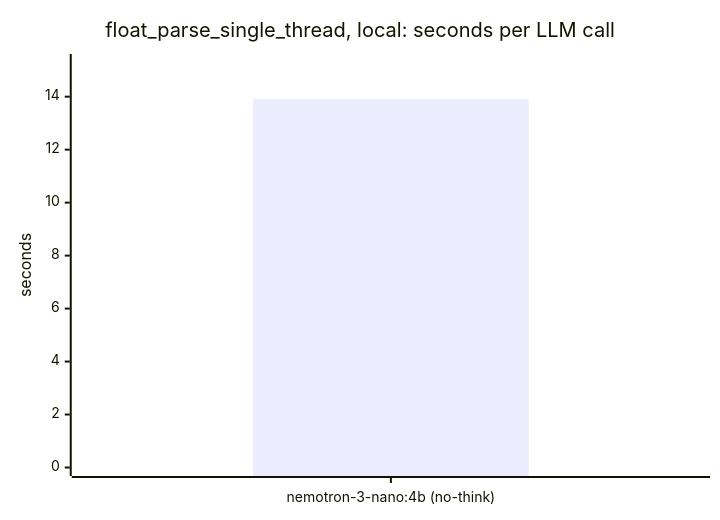
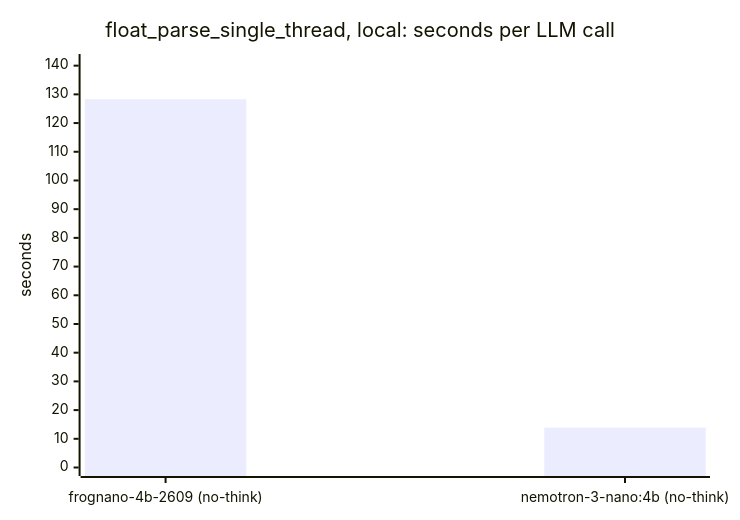
The third of 5 diagrams in docs/benchmarks/float_parse_single_thread.md (cklukas/OMEGA_TRANSFORM), drawn with Mermaid before and after one commit. The commit also changed other lines of this file and 10 other files, not shown here.

````diff
--- a/docs/benchmarks/float_parse_single_thread.md
+++ b/docs/benchmarks/float_parse_single_thread.md
@@ -36,7 +37,7 @@
 ```mermaid
 xychart-beta
     title "float_parse_single_thread, local: seconds per LLM call"
-    x-axis ["nemotron-3-nano:4b (no-think)"]
-    y-axis "seconds" 0 --> 15.29
-    bar [13.9]
+    x-axis ["frognano-4b-2609 (no-think)", "nemotron-3-nano:4b (no-think)"]
+    y-axis "seconds" 0 --> 141.1
+    bar [128.3, 13.9]
 ```
````
